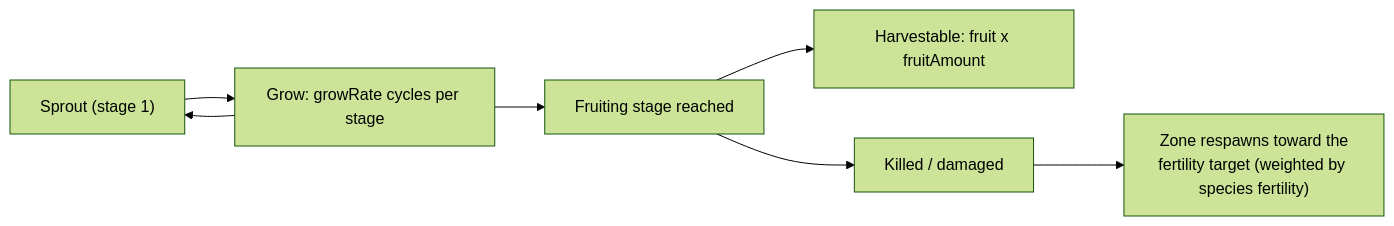
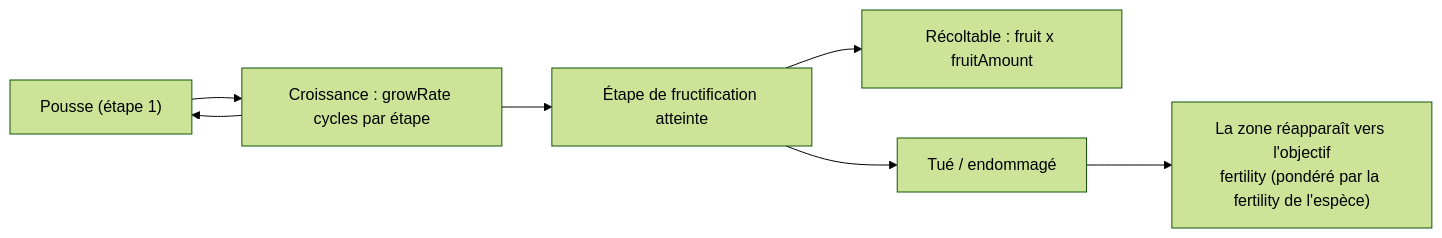
One commit to OpenPerpetuum/wiki changed the diagram in content/fr/content/plants.md. Above: the diagram before and after it, drawn with Mermaid (forest theme). The commit also changed other lines of this file and 12188 other files, not shown here.

````diff
--- a/content/fr/content/plants.md
+++ b/content/fr/content/plants.md
@@ -16,9 +16,9 @@
 ```mermaid
 flowchart LR
-    S["Sprout (stage 1)"] --> G["Grow: growRate cycles per stage"]
+    S["Pousse (étape 1)"] --> G["Croissance : growRate cycles par étape"]
     G --> S
-    G --> F["Fruiting stage reached"]
-    F --> H["Harvestable: fruit x fruitAmount"]
-    F --> K["Killed / damaged"]
-    K --> R["Zone respawns toward the\nfertility target (weighted by species fertility)"]
+    G --> F["Étape de fructification atteinte"]
+    F --> H["Récoltable : fruit x fruitAmount"]
+    F --> K["Tué / endommagé"]
+    K --> R["La zone réapparaît vers l'objectif\nfertility (pondéré par la fertility de l'espèce)"]
 ```
````
